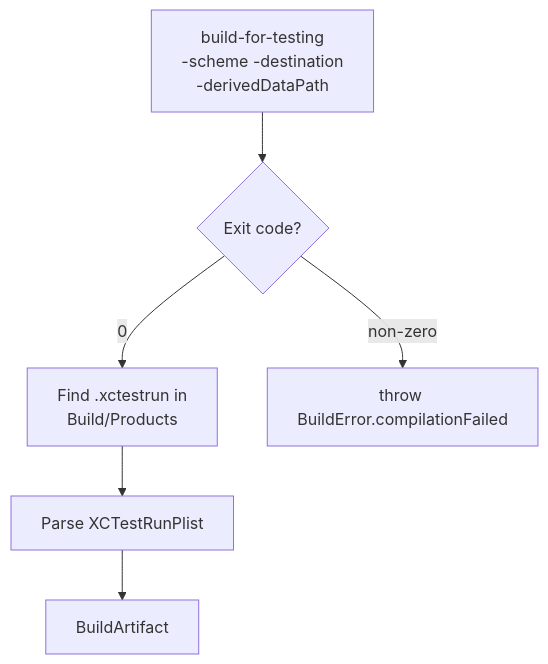
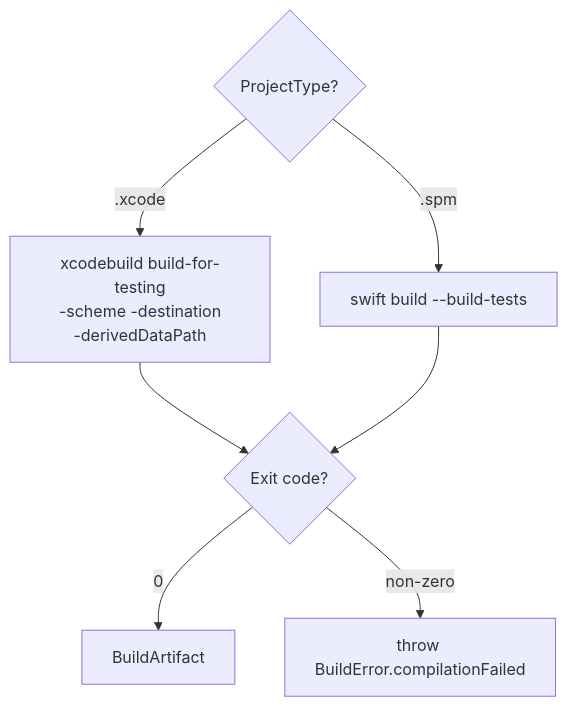
The second of 6 diagrams in Docs/Architecture/03-execution.md (ericodx/swift-mutation-testing), drawn with Mermaid before and after one commit. The commit also changed other lines of this file and 5 other files, not shown here.

Commit message:
docs: update architecture documentation

````diff
--- a/Docs/Architecture/03-execution.md
+++ b/Docs/Architecture/03-execution.md
@@ -44,8 +54,10 @@
 ```mermaid
 flowchart TD
-    A[build-for-testing\n-scheme -destination\n-derivedDataPath] --> B{Exit code?}
-    B -- 0 --> C[Find .xctestrun in\nBuild/Products]
-    C --> D[Parse XCTestRunPlist]
-    D --> E[BuildArtifact]
-    B -- non-zero --> F[throw BuildError.compilationFailed]
+    A{ProjectType?}
+    A -- .xcode --> B[xcodebuild build-for-testing\n-scheme -destination\n-derivedDataPath]
+    A -- .spm --> C[swift build --build-tests]
+    B --> D{Exit code?}
+    C --> D
+    D -- 0 --> E[BuildArtifact]
+    D -- non-zero --> F[throw BuildError.compilationFailed]
 ```
````
